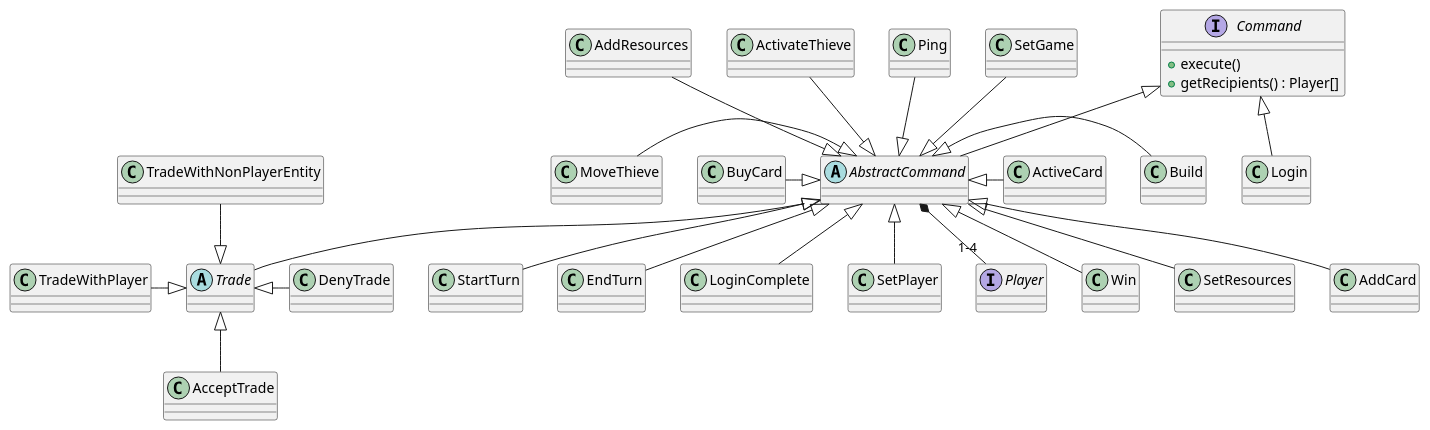
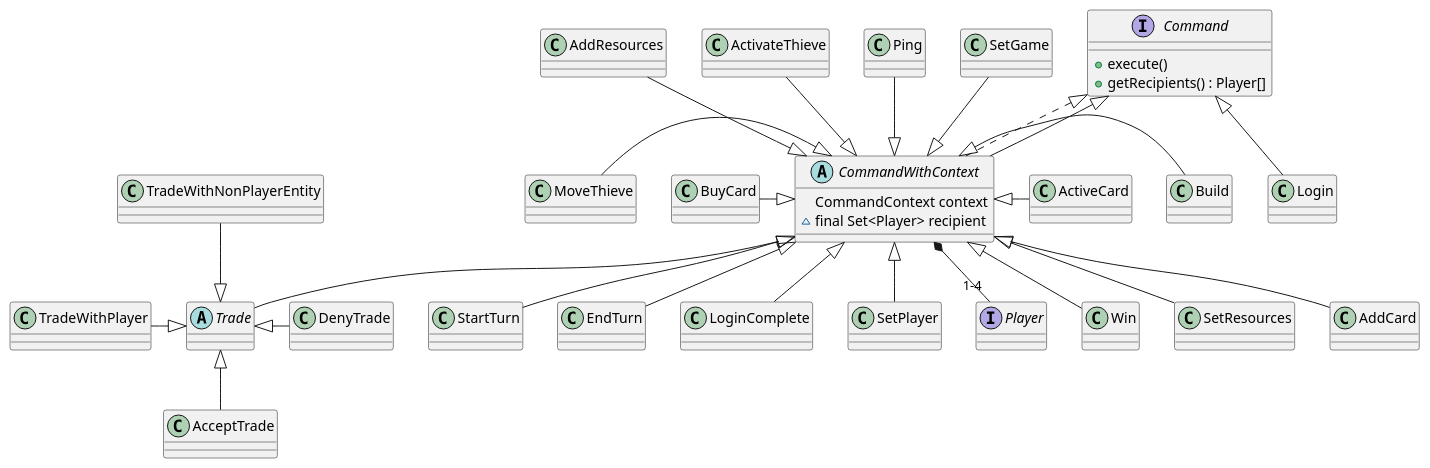
Before and after one commit to theray1/Les-Colons-De-Catane: the diagram in catan-doc/modules/conception/pages/classDiagramCommands.plantuml, drawn with PlantUML.

```diff
--- a/catan-doc/modules/conception/pages/classDiagramCommands.plantuml
+++ b/catan-doc/modules/conception/pages/classDiagramCommands.plantuml
@@ -1,57 +1,60 @@
 @startuml
   abstract Trade {}
-  abstract AbstractCommand{}
+  abstract CommandWithContext implements Command{
+  CommandContext context
+  ~ final Set<Player> recipient
+  }
   class TradeWithPlayer {}
   class TradeWithNonPlayerEntity {}
   class AcceptTrade {}
   class DenyTrade {}
   class BuyCard {}
   class MoveThieve {}
   class Build {}
   class ActiveCard {}
   class Ping {}
   class ActivateThieve {}
   class Win {}
   class SetResources{}
   class AddResources{}
   class AddCard{}
   class StartTurn{}
   class EndTurn{}
   class Login{}
   class LoginComplete{}
   class SetGame{}
   class SetPlayer{}
   
   interface Player{}
   
   interface Command{
   	+execute()
   	+getRecipients() : Player[]
   }
   
   Trade <|-left- TradeWithPlayer
   Trade <|-up- TradeWithNonPlayerEntity
   Trade <|-down- AcceptTrade
   Trade <|-right- DenyTrade
   
-  Command <|-down- AbstractCommand
+  Command <|-down- CommandWithContext
   Command <|-down- Login
-  AbstractCommand <|-down- LoginComplete
-  AbstractCommand <|-left- BuyCard
-  AbstractCommand <|-left- MoveThieve
-  AbstractCommand <|-right- Build
-  AbstractCommand <|-right- ActiveCard
-  AbstractCommand <|-up- SetGame
-  AbstractCommand <|-up- Ping
-  AbstractCommand <|-up- ActivateThieve
-  AbstractCommand <|-up- AddResources
-  AbstractCommand <|-down- AddCard
-  AbstractCommand <|-down- Win
-  AbstractCommand <|-down- SetResources
-  AbstractCommand <|-down- SetPlayer
-  AbstractCommand <|-- EndTurn
-  AbstractCommand <|-- StartTurn
-  AbstractCommand <|-- Trade
+  CommandWithContext <|-down- LoginComplete
+  CommandWithContext <|-left- BuyCard
+  CommandWithContext <|-left- MoveThieve
+  CommandWithContext <|-right- Build
+  CommandWithContext <|-right- ActiveCard
+  CommandWithContext <|-up- SetGame
+  CommandWithContext <|-up- Ping
+  CommandWithContext <|-up- ActivateThieve
+  CommandWithContext <|-up- AddResources
+  CommandWithContext <|-down- AddCard
+  CommandWithContext <|-down- Win
+  CommandWithContext <|-down- SetResources
+  CommandWithContext <|-down- SetPlayer
+  CommandWithContext <|-- EndTurn
+  CommandWithContext <|-- StartTurn
+  CommandWithContext <|-- Trade
   
-  AbstractCommand *-- "1-4" Player
+  CommandWithContext *-- "1-4" Player
 @enduml
```
